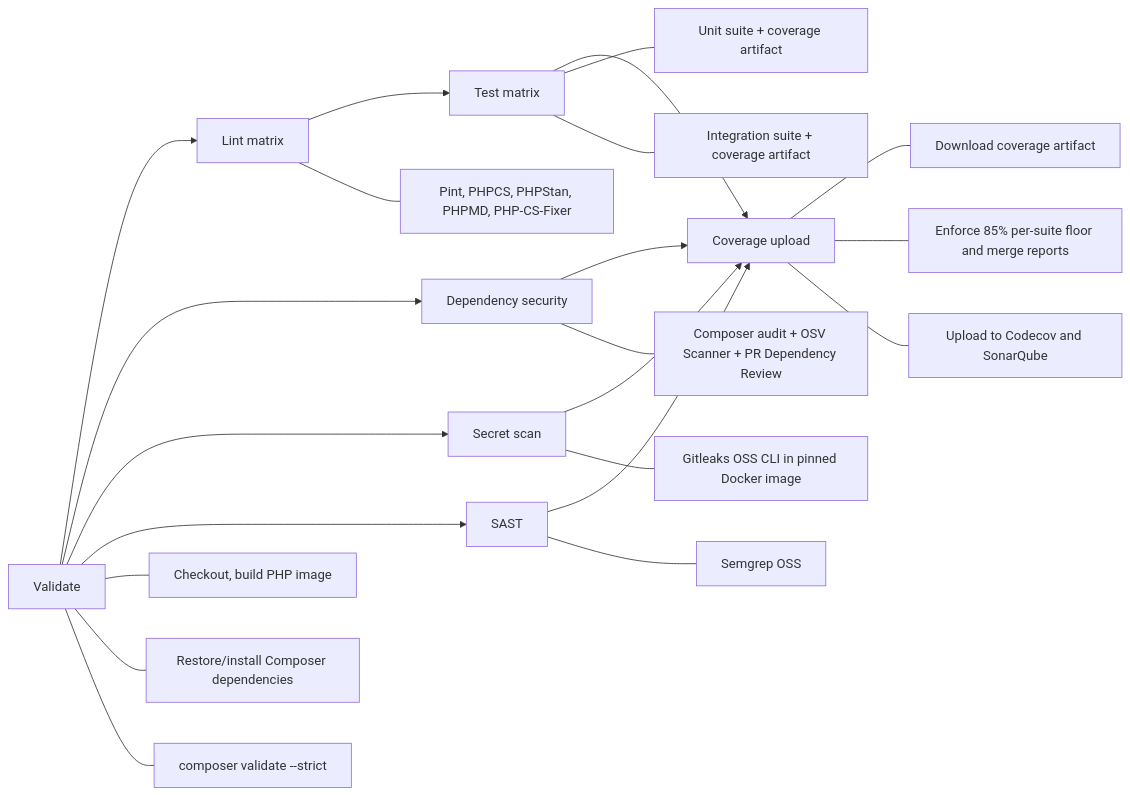
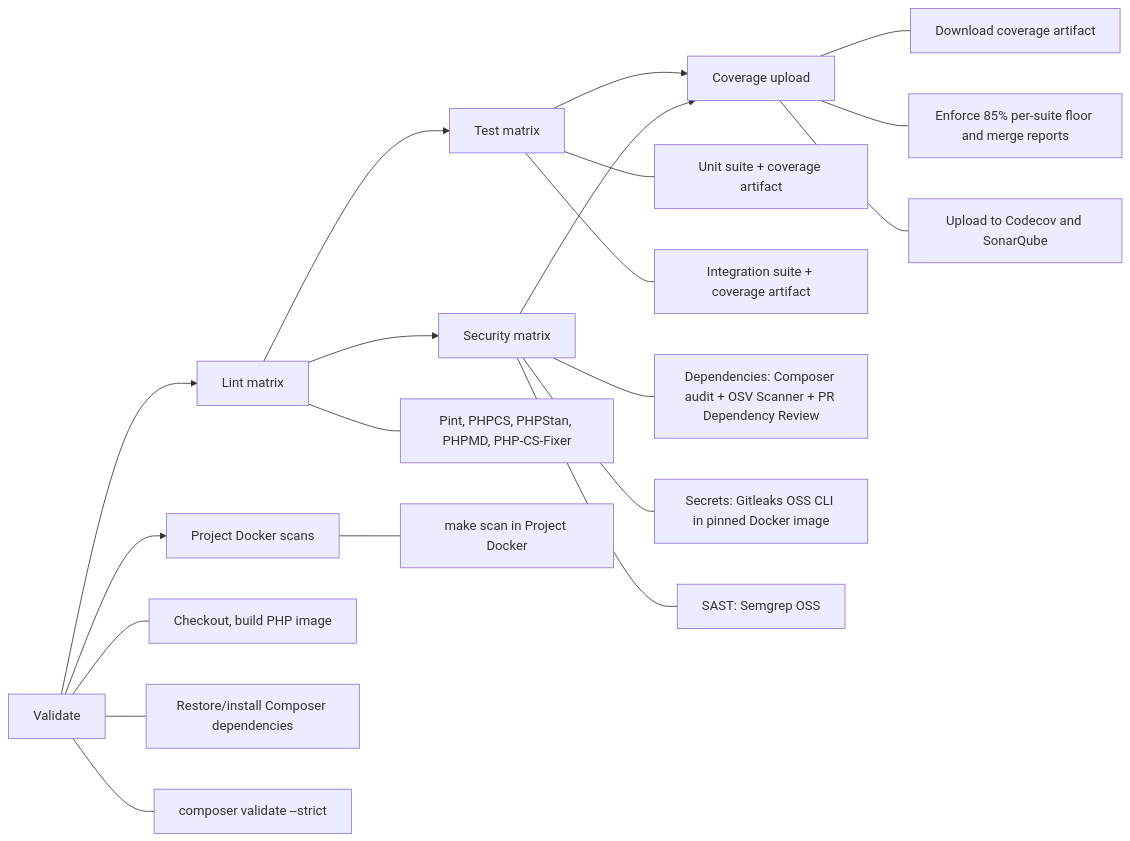
The third of 5 diagrams in WORKFLOWS.md (jooservices/dto), drawn with Mermaid before and after one commit. The commit also changed other lines of this file and 2 other files, not shown here.

Commit message:
JDTO-4: fix: Preserve existing hooks and document scans

````diff
--- a/WORKFLOWS.md
+++ b/WORKFLOWS.md
@@ -75,24 +72,24 @@
 ```mermaid
 flowchart LR
-    V[Validate] --> L[Lint matrix] --> T[Test matrix] --> C[Coverage upload]
-    V --> D[Dependency security]
-    V --> S[Secret scan]
-    V --> A[SAST]
-    D --> C
+    V[Validate] --> L[Lint matrix]
+    L --> T[Test matrix]
+    L --> S[Security matrix]
+    V --> PDS[Project Docker scans]
+    T --> C[Coverage upload]
     S --> C
-    A --> C
 
     V --- V1[Checkout, build PHP image]
     V --- V2[Restore/install Composer dependencies]
     V --- V3[composer validate --strict]
 
     L --- L1[Pint, PHPCS, PHPStan, PHPMD, PHP-CS-Fixer]
     T --- T1[Unit suite + coverage artifact]
     T --- T2[Integration suite + coverage artifact]
-    D --- D1[Composer audit + OSV Scanner + PR Dependency Review]
-    S --- S1[Gitleaks OSS CLI in pinned Docker image]
-    A --- A1[Semgrep OSS]
+    S --- S1[Dependencies: Composer audit + OSV Scanner + PR Dependency Review]
+    S --- S2[Secrets: Gitleaks OSS CLI in pinned Docker image]
+    S --- S3[SAST: Semgrep OSS]
+    PDS --- PDS1[make scan in Project Docker]
     C --- C1[Download coverage artifact]
     C --- C2[Enforce 85% per-suite floor and merge reports]
     C --- C3[Upload to Codecov and SonarQube]
 ```
````
